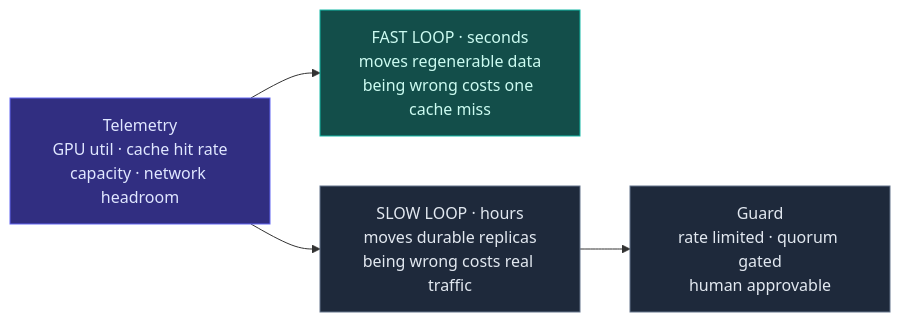
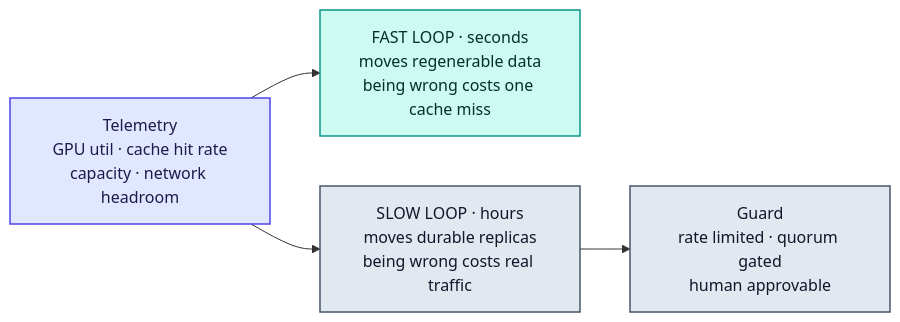
Before and after one commit to mayur-tolexo/forebay: the sixth of 6 diagrams in docs/architecture.md, drawn with Mermaid. The commit also changed other lines of this file and 5 other files, not shown here.

````diff
--- a/docs/architecture.md
+++ b/docs/architecture.md
@@ -87,16 +206,16 @@
 ```mermaid
 flowchart LR
     T["Telemetry<br/>GPU util · cache hit rate<br/>capacity · network headroom"]
     F["FAST LOOP · seconds<br/>moves regenerable data<br/>being wrong costs one cache miss"]
     S["SLOW LOOP · hours<br/>moves durable replicas<br/>being wrong costs real traffic"]
     G["Guard<br/>rate limited · quorum gated<br/>human approvable"]
     T --> F
     T --> S
     S --> G
-    classDef fast fill:#134E4A,stroke:#14B8A6,color:#CCFBF1
-    classDef control fill:#312E81,stroke:#6366F1,color:#E0E7FF
-    classDef durable fill:#1E293B,stroke:#64748B,color:#E2E8F0
-    class F fast
+    classDef owned fill:#CCFBF1,stroke:#0D9488,stroke-width:1.5px,color:#042F2E
+    classDef control fill:#E0E7FF,stroke:#4F46E5,stroke-width:1.5px,color:#1E1B4B
+    classDef durable fill:#E2E8F0,stroke:#475569,stroke-width:1.5px,color:#0F172A
+    class F owned
     class T control
     class S,G durable
 ```
````
